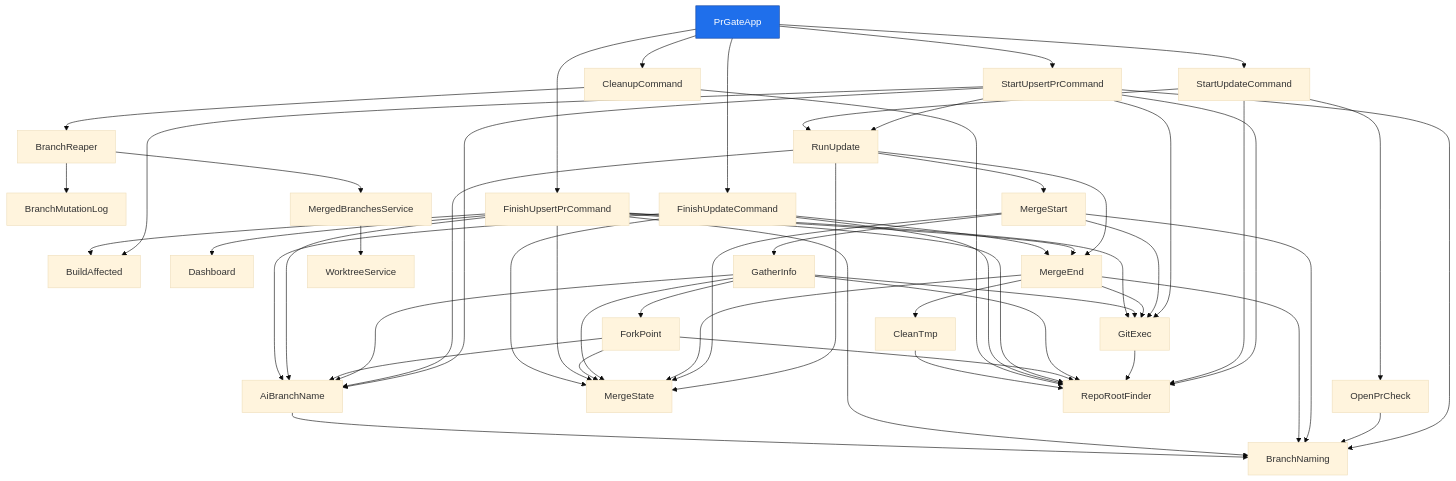
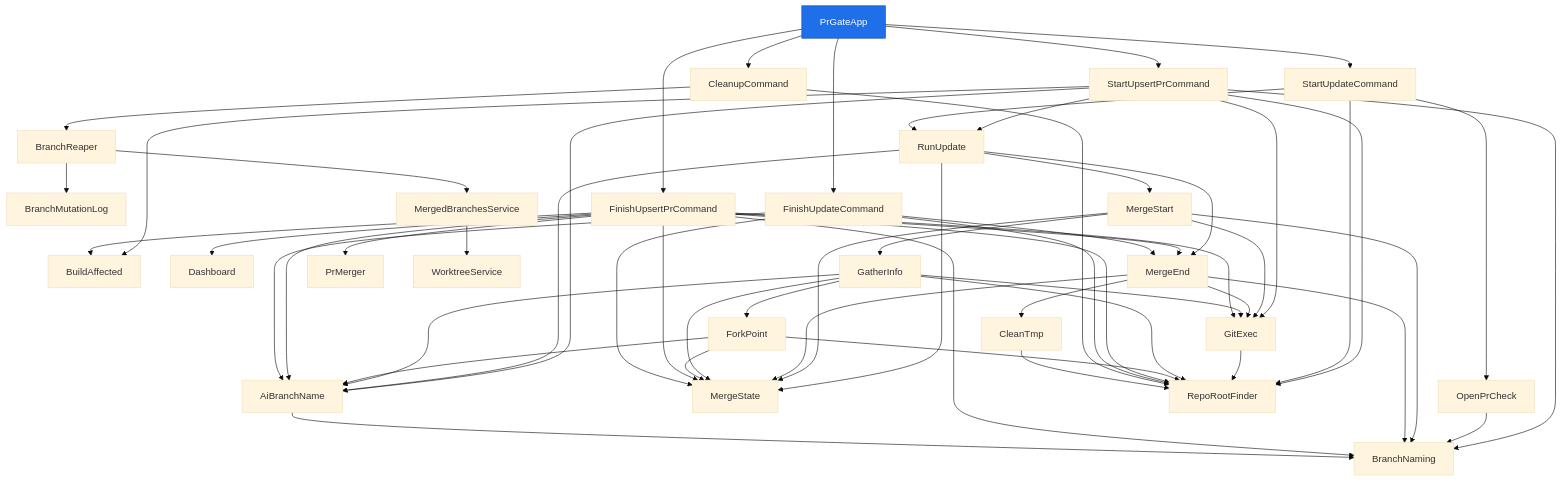
The diagram in packages/tooling/pr-gate/design.md (deanhiller/webpieces-ts), drawn with Mermaid (base theme) before and after one commit. The commit also changed 6 other files, not shown here.

Commit message:
Squash merge of dean/fix-finish-upsert-pr-merge-policy

```diff
--- a/packages/tooling/pr-gate/design.md
+++ b/packages/tooling/pr-gate/design.md
@@ -31,6 +31,7 @@
     MergedBranchesService["MergedBranchesService"]
     OpenPrCheck["OpenPrCheck"]
     PrGateApp["PrGateApp"]:::controller
+    PrMerger["PrMerger"]
     RepoRootFinder["RepoRootFinder"]
     RunUpdate["RunUpdate"]
     StartUpdateCommand["StartUpdateCommand"]
@@ -53,6 +54,7 @@
     FinishUpsertPrCommand --> GitExec
     FinishUpsertPrCommand --> MergeEnd
     FinishUpsertPrCommand --> MergeState
+    FinishUpsertPrCommand --> PrMerger
     FinishUpsertPrCommand --> RepoRootFinder
     ForkPoint --> AiBranchName
     ForkPoint --> MergeState
```
